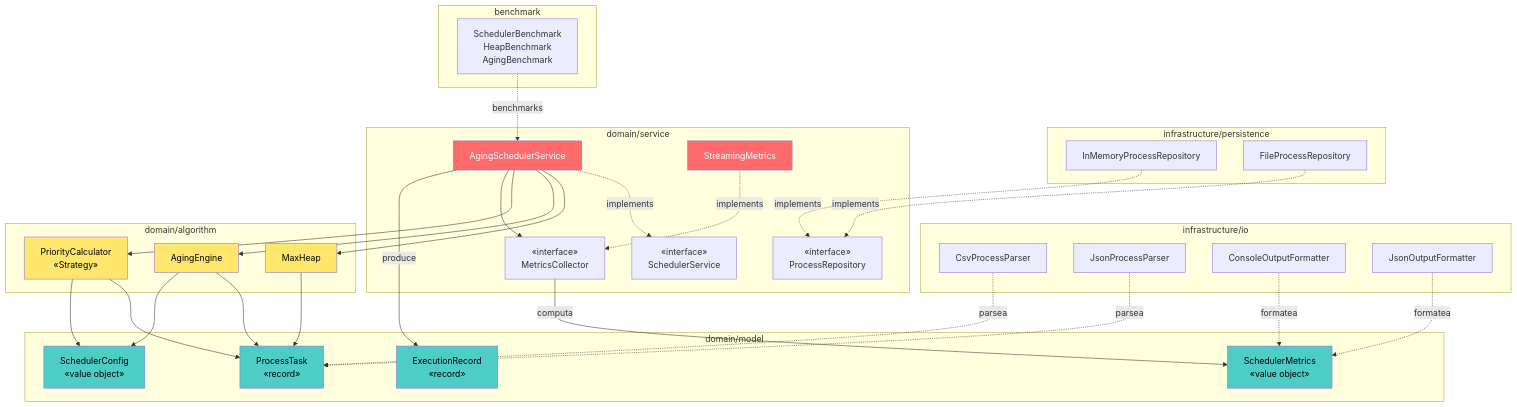
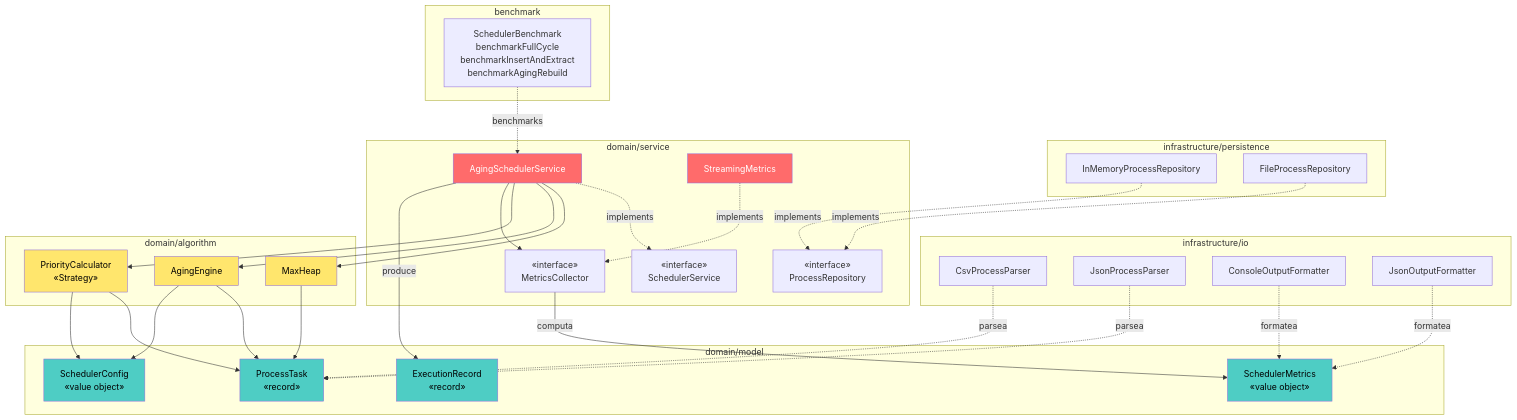
One commit to HeberYesid/concurrent-scheduler-lab changed the third of 7 diagrams in analisis_scheduler_concurrente.md. Above: the diagram before and after it, drawn with Mermaid. The commit also changed other lines of this file and 1 other file, not shown here.

Commit message:
docs:update-analysis-and-adr-for-scheduler-run

````diff
--- a/analisis_scheduler_concurrente.md
+++ b/analisis_scheduler_concurrente.md
@@ -611,76 +610,76 @@
 ```mermaid
 graph TB
     subgraph "infrastructure/io"
         CSV[CsvProcessParser]
         JSON_IN[JsonProcessParser]
         COUT[ConsoleOutputFormatter]
         JSON_OUT[JsonOutputFormatter]
     end
 
     subgraph "infrastructure/persistence"
         MEM_REPO[InMemoryProcessRepository]
         FILE_REPO[FileProcessRepository]
     end
 
     subgraph "domain/service"
         SS["«interface»<br/>SchedulerService"]
         MC["«interface»<br/>MetricsCollector"]
         PR["«interface»<br/>ProcessRepository"]
         ASS[AgingSchedulerService]
         SM[StreamingMetrics]
     end
 
     subgraph "domain/algorithm"
         HEAP[MaxHeap]
         AGE[AgingEngine]
         PCALC[PriorityCalculator<br/>«Strategy»]
     end
 
     subgraph "domain/model"
         PT[ProcessTask<br/>«record»]
         ER[ExecutionRecord<br/>«record»]
         SC[SchedulerConfig<br/>«value object»]
         SMET[SchedulerMetrics<br/>«value object»]
     end
 
     subgraph "benchmark"
-        JMH[SchedulerBenchmark<br/>HeapBenchmark<br/>AgingBenchmark]
+        JMH[SchedulerBenchmark<br/>benchmarkFullCycle<br/>benchmarkInsertAndExtract<br/>benchmarkAgingRebuild]
     end
 
     CSV -.->|parsea| PT
     JSON_IN -.->|parsea| PT
     COUT -.->|formatea| SMET
     JSON_OUT -.->|formatea| SMET
 
     MEM_REPO -.->|implements| PR
     FILE_REPO -.->|implements| PR
 
     ASS -.->|implements| SS
     SM -.->|implements| MC
 
     ASS --> HEAP
     ASS --> AGE
     ASS --> PCALC
     ASS --> MC
 
     HEAP --> PT
     AGE --> PT
     AGE --> SC
     PCALC --> PT
     PCALC --> SC
 
     ASS -->|produce| ER
     MC -->|computa| SMET
 
     JMH -.->|benchmarks| ASS
 
     style PT fill:#4ecdc4,color:#000
     style ER fill:#4ecdc4,color:#000
     style SC fill:#4ecdc4,color:#000
     style SMET fill:#4ecdc4,color:#000
     style HEAP fill:#ffe66d,color:#000
     style AGE fill:#ffe66d,color:#000
     style PCALC fill:#ffe66d,color:#000
     style ASS fill:#ff6b6b,color:#fff
     style SM fill:#ff6b6b,color:#fff
 ```
````
